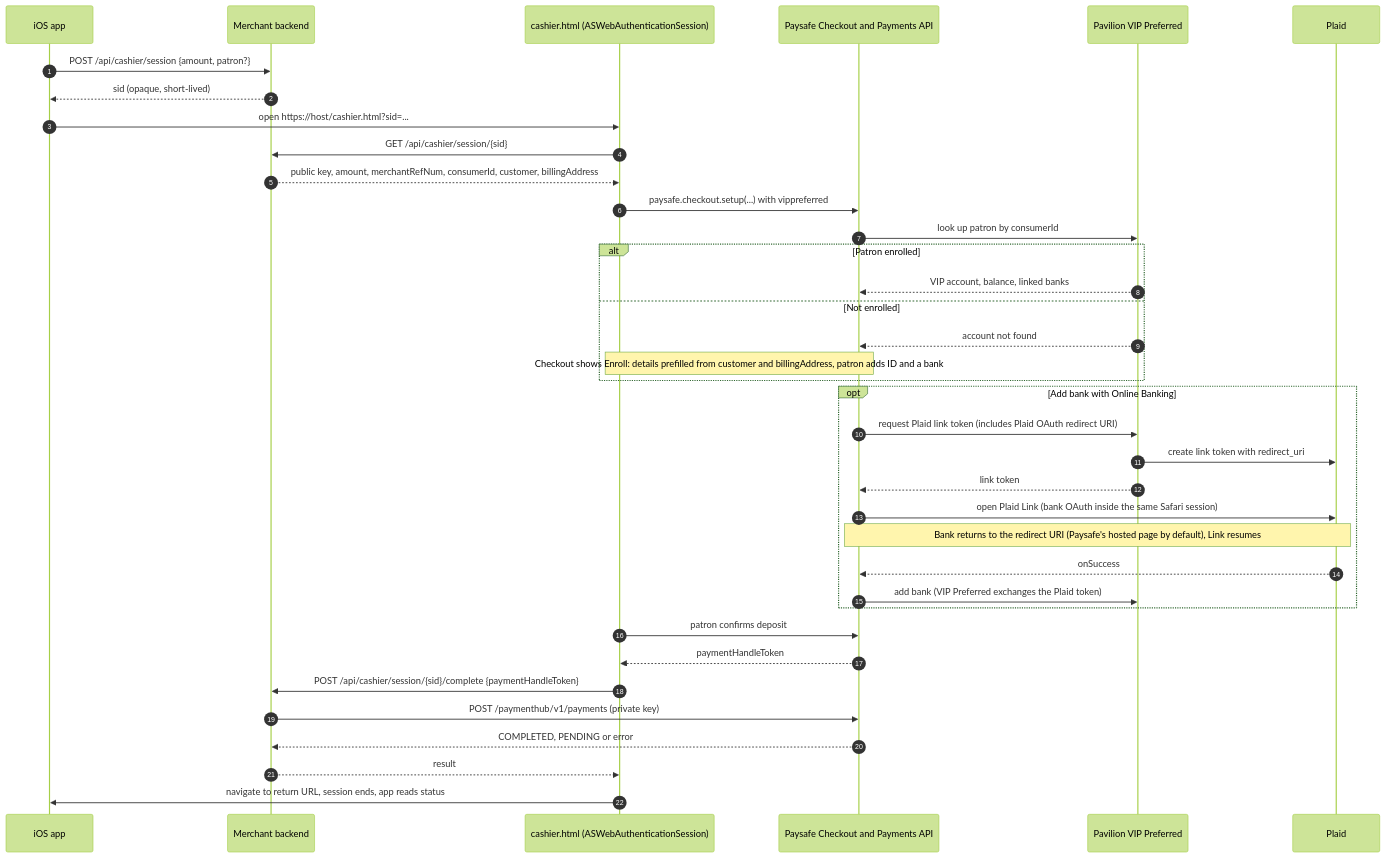
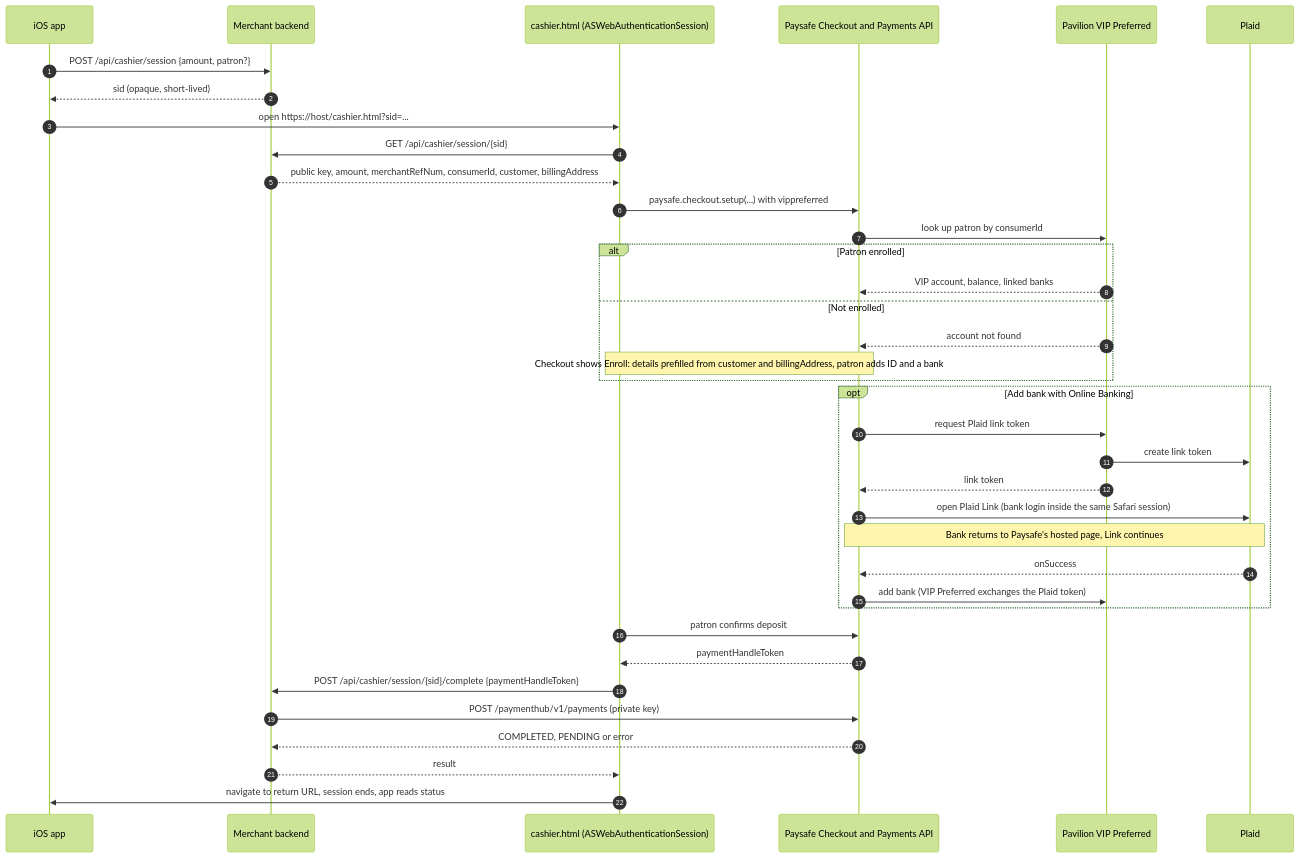
The diagram in README.md (PavilionPay/Paysafe-Pavilion-Test-App), drawn with Mermaid (forest theme) before and after one commit. The commit also changed other lines of this file and 7 other files, not shown here.

First line of the commit message:
Simplify return docs to the one URL clients set; remove Hosted Link options

````diff
--- a/README.md
+++ b/README.md
@@ -30,40 +30,40 @@
 ```mermaid
 sequenceDiagram
   autonumber
   participant App as iOS app
   participant Srv as Merchant backend
   participant Web as cashier.html (ASWebAuthenticationSession)
   participant PS as Paysafe Checkout and Payments API
   participant VIP as Pavilion VIP Preferred
   participant Plaid as Plaid
 
   App->>Srv: POST /api/cashier/session {amount, patron?}
   Srv-->>App: sid (opaque, short-lived)
   App->>Web: open https://host/cashier.html?sid=...
   Web->>Srv: GET /api/cashier/session/{sid}
   Srv-->>Web: public key, amount, merchantRefNum, consumerId, customer, billingAddress
   Web->>PS: paysafe.checkout.setup(...) with vippreferred
   PS->>VIP: look up patron by consumerId
   alt Patron enrolled
     VIP-->>PS: VIP account, balance, linked banks
   else Not enrolled
     VIP-->>PS: account not found
     Note over Web,PS: Checkout shows Enroll: details prefilled from customer and billingAddress, patron adds ID and a bank
   end
   opt Add bank with Online Banking
-    PS->>VIP: request Plaid link token (includes Plaid OAuth redirect URI)
-    VIP->>Plaid: create link token with redirect_uri
+    PS->>VIP: request Plaid link token
+    VIP->>Plaid: create link token
     VIP-->>PS: link token
-    PS->>Plaid: open Plaid Link (bank OAuth inside the same Safari session)
-    Note over PS,Plaid: Bank returns to the redirect URI (Paysafe's hosted page by default), Link resumes
+    PS->>Plaid: open Plaid Link (bank login inside the same Safari session)
+    Note over PS,Plaid: Bank returns to Paysafe's hosted page, Link continues
     Plaid-->>PS: onSuccess
     PS->>VIP: add bank (VIP Preferred exchanges the Plaid token)
   end
   Web->>PS: patron confirms deposit
   PS-->>Web: paymentHandleToken
   Web->>Srv: POST /api/cashier/session/{sid}/complete {paymentHandleToken}
   Srv->>PS: POST /paymenthub/v1/payments (private key)
   PS-->>Srv: COMPLETED, PENDING or error
   Srv-->>Web: result
   Web->>App: navigate to return URL, session ends, app reads status
 ```
````
